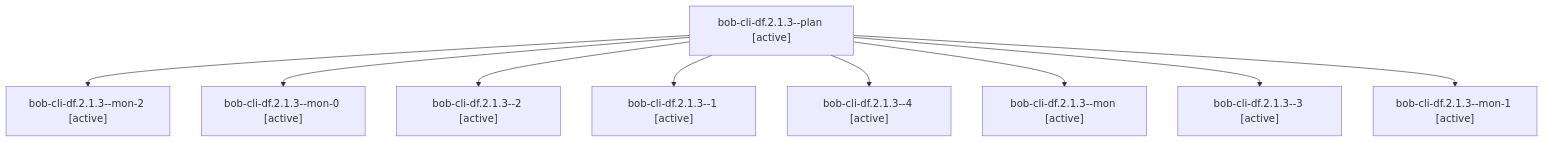
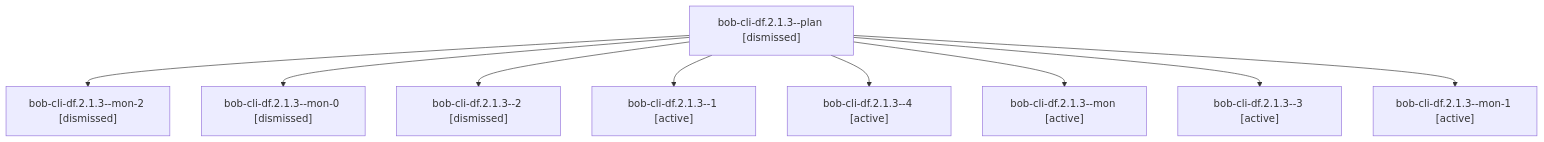
One commit to bobs-org/bob-cli--agents changed the diagram in sessions/bbugyi200.athena.bob-cli-df.2.1.3.md. Above: the diagram before and after it, drawn with Mermaid. The commit also changed other lines of this file and 117 other files, not shown here.

````diff
--- a/sessions/bbugyi200.athena.bob-cli-df.2.1.3.md
+++ b/sessions/bbugyi200.athena.bob-cli-df.2.1.3.md
@@ -9,20 +9,20 @@
 ```mermaid
 flowchart TD
-  n0["bob-cli-df.2.1.3--plan [active]"]
-  n1["bob-cli-df.2.1.3--mon-2 [active]"]
+  n0["bob-cli-df.2.1.3--plan [dismissed]"]
+  n1["bob-cli-df.2.1.3--mon-2 [dismissed]"]
   n0 --> n1
-  n2["bob-cli-df.2.1.3--mon-0 [active]"]
+  n2["bob-cli-df.2.1.3--mon-0 [dismissed]"]
   n0 --> n2
-  n3["bob-cli-df.2.1.3--2 [active]"]
+  n3["bob-cli-df.2.1.3--2 [dismissed]"]
   n0 --> n3
   n4["bob-cli-df.2.1.3--1 [active]"]
   n0 --> n4
   n5["bob-cli-df.2.1.3--4 [active]"]
   n0 --> n5
   n6["bob-cli-df.2.1.3--mon [active]"]
   n0 --> n6
   n7["bob-cli-df.2.1.3--3 [active]"]
   n0 --> n7
   n8["bob-cli-df.2.1.3--mon-1 [active]"]
   n0 --> n8
 ```
````
